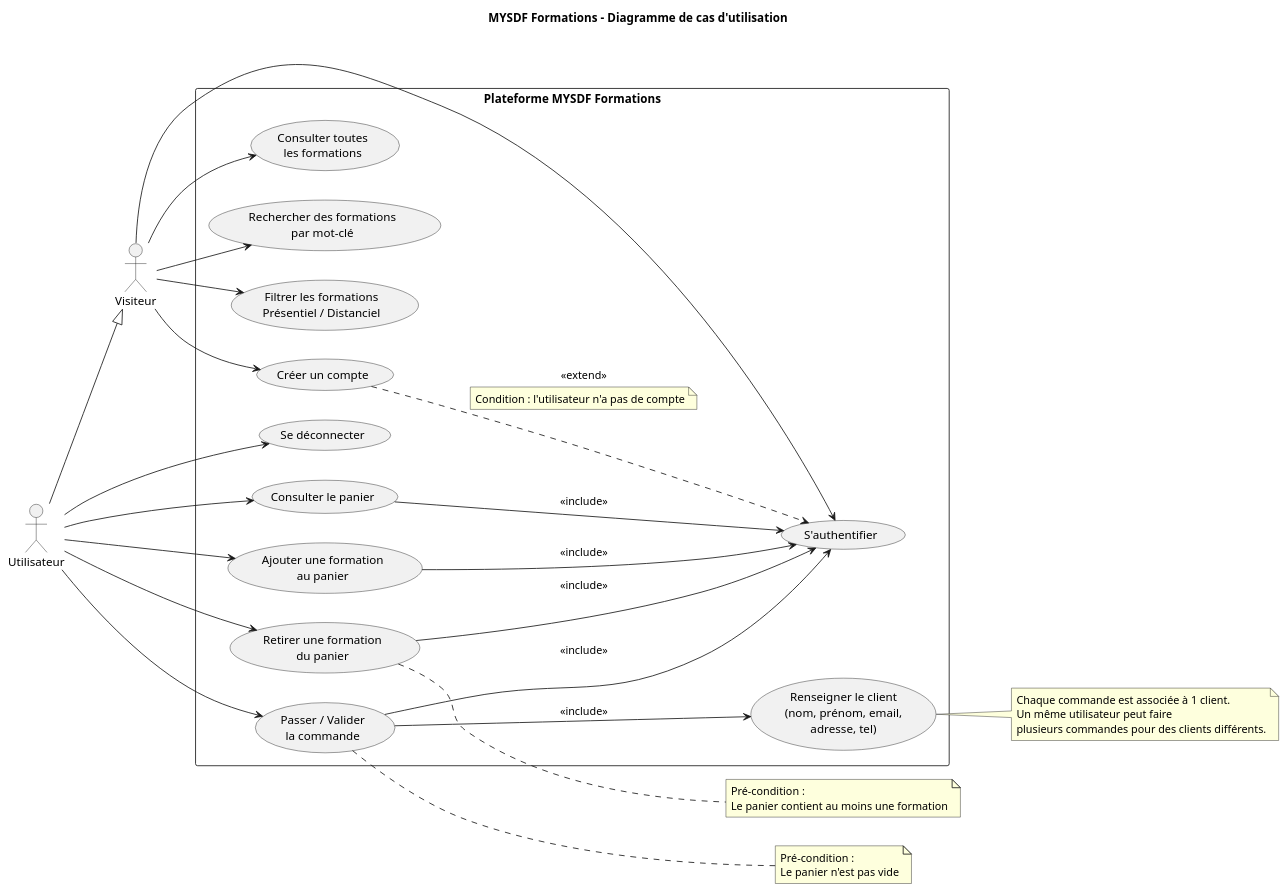
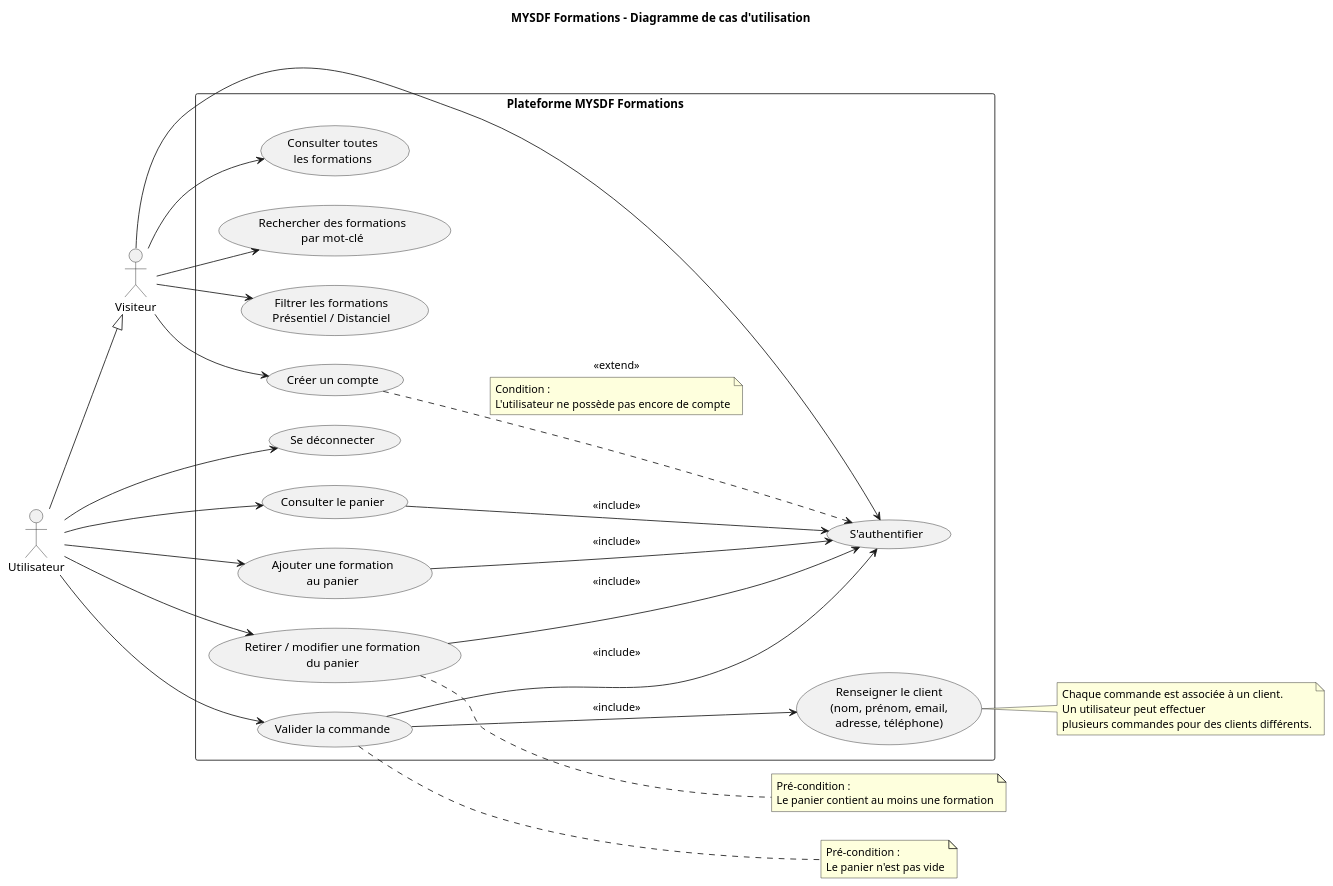
One commit to MarieLorraineFMS/eval-java changed the diagram in src/main/resources/uml/useCases.puml. Above: the diagram before and after it, drawn with PlantUML. The commit also changed 3 other files, not shown here.

```diff
--- a/src/main/resources/uml/useCases.puml
+++ b/src/main/resources/uml/useCases.puml
@@ -1,77 +1,78 @@
 @startuml Use Cases
-title MYSDF Formations - Diagramme de cas d'utilisation
+title MYSDF Formations – Diagramme de cas d'utilisation
 left to right direction
 
 actor "Visiteur" as Visitor
 actor "Utilisateur" as User
 
 rectangle "Plateforme MYSDF Formations" {
 
-  ' === Browse trainings catalog ===
+  ' === Catalogue formations ===
   usecase "Consulter toutes\nles formations" as UC_ListAll
-  usecase "Rechercher des formations\npar mot-clé" as UC_SearchKeyword
-  usecase "Filtrer les formations\nPrésentiel / Distanciel" as UC_FilterMode
+  usecase "Rechercher des formations\npar mot-clé" as UC_Search
+  usecase "Filtrer les formations\nPrésentiel / Distanciel" as UC_Filter
 
-  ' === Account / Auth ===
+  ' === Authentification ===
   usecase "S'authentifier" as UC_Login
   usecase "Créer un compte" as UC_Register
   usecase "Se déconnecter" as UC_Logout
 
-  ' === Cart / command ===
+  ' === Panier & commande ===
   usecase "Consulter le panier" as UC_ViewCart
   usecase "Ajouter une formation\nau panier" as UC_AddToCart
-  usecase "Retirer une formation\ndu panier" as UC_RemoveFromCart
-  usecase "Passer / Valider\nla commande" as UC_Checkout
-  usecase "Renseigner le client\n(nom, prénom, email,\nadresse, tel)" as UC_EnterClient
+  usecase "Retirer / modifier une formation\ndu panier" as UC_RemoveFromCart
+  usecase "Valider la commande" as UC_Checkout
+  usecase "Renseigner le client\n(nom, prénom, email,\nadresse, téléphone)" as UC_EnterClient
 }
 
-' === Inheritance ===
+' === Héritage acteurs ===
 User --|> Visitor
 
-' === Visitor ===
+' === Visiteur ===
 Visitor --> UC_ListAll
-Visitor --> UC_SearchKeyword
-Visitor --> UC_FilterMode
+Visitor --> UC_Search
+Visitor --> UC_Filter
 Visitor --> UC_Login
 Visitor --> UC_Register
 
-' === User ===
+' === Utilisateur connecté ===
 User --> UC_Logout
 User --> UC_ViewCart
 User --> UC_AddToCart
 User --> UC_RemoveFromCart
 User --> UC_Checkout
 
-' === Auth required for cart/command ===
+' === Authentification requise ===
 UC_ViewCart --> UC_Login : <<include>>
 UC_AddToCart --> UC_Login : <<include>>
 UC_RemoveFromCart --> UC_Login : <<include>>
 UC_Checkout --> UC_Login : <<include>>
 
-' === Checkout involves client selection ===
+' === Dépendance checkout ===
 UC_Checkout --> UC_EnterClient : <<include>>
 
-' === Account creation ===
+' === Extension : création de compte ===
 UC_Register ..> UC_Login : <<extend>>
 note on link
-Condition : l'utilisateur n'a pas de compte
+Condition :
+L'utilisateur ne possède pas encore de compte
 end note
 
-' === Preconditions ===
+' === Pré-conditions ===
 note right of UC_RemoveFromCart
 Pré-condition :
 Le panier contient au moins une formation
 end note
 
 note right of UC_Checkout
 Pré-condition :
 Le panier n'est pas vide
 end note
 
 note right of UC_EnterClient
-Chaque commande est associée à 1 client.
-Un même utilisateur peut faire
+Chaque commande est associée à un client.
+Un utilisateur peut effectuer
 plusieurs commandes pour des clients différents.
 end note
 
 @enduml
```
